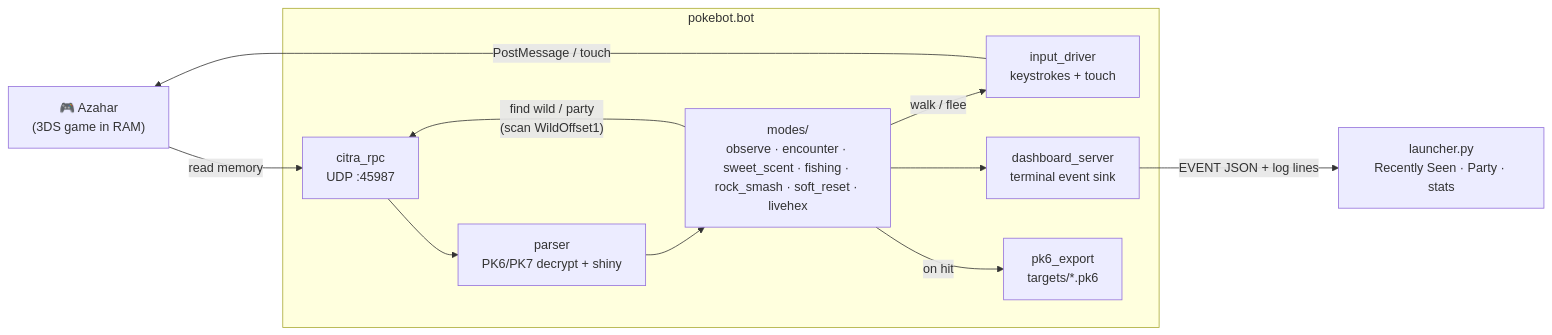
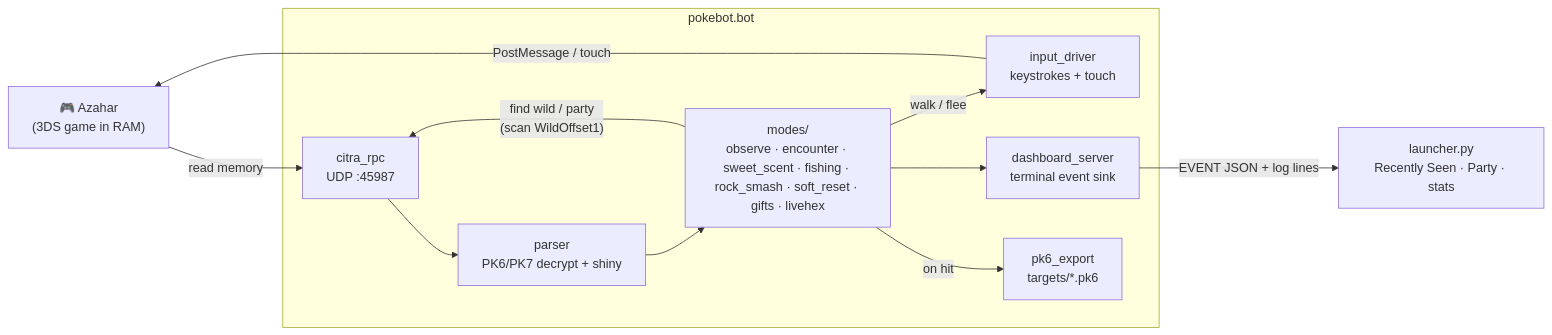
One commit to romanrdecaro-arch/pokebot-3ds changed the diagram in README.md. Above: the diagram before and after it, drawn with Mermaid. The commit also changed other lines of this file and 7 other files, not shown here.

First line of the commit message:
feat: gifts mode — soft-reset any gift Pokemon, A mashed flat out

````diff
--- a/README.md
+++ b/README.md
@@ -302,25 +303,25 @@
 ```mermaid
 flowchart LR
     AZ["🎮 Azahar<br/>(3DS game in RAM)"]
 
     subgraph BOT["pokebot.bot"]
         RPC["citra_rpc<br/>UDP :45987"]
         PAR["parser<br/>PK6/PK7 decrypt + shiny"]
-        MOD["modes/<br/>observe · encounter · sweet_scent · fishing · rock_smash · soft_reset · livehex"]
+        MOD["modes/<br/>observe · encounter · sweet_scent · fishing · rock_smash · soft_reset · gifts · livehex"]
         INP["input_driver<br/>keystrokes + touch"]
         DASH["dashboard_server<br/>terminal event sink"]
         EXP["pk6_export<br/>targets/*.pk6"]
     end
 
     LAUNCH["launcher.py<br/>Recently Seen · Party · stats"]
 
     AZ -- "read memory" --> RPC
     RPC --> PAR
     PAR --> MOD
     MOD -- "find wild / party<br/>(scan WildOffset1)" --> RPC
     MOD -- "walk / flee" --> INP
     INP -- "PostMessage / touch" --> AZ
     MOD --> DASH
     MOD -- "on hit" --> EXP
     DASH -- "EVENT JSON + log lines" --> LAUNCH
 ```
````
